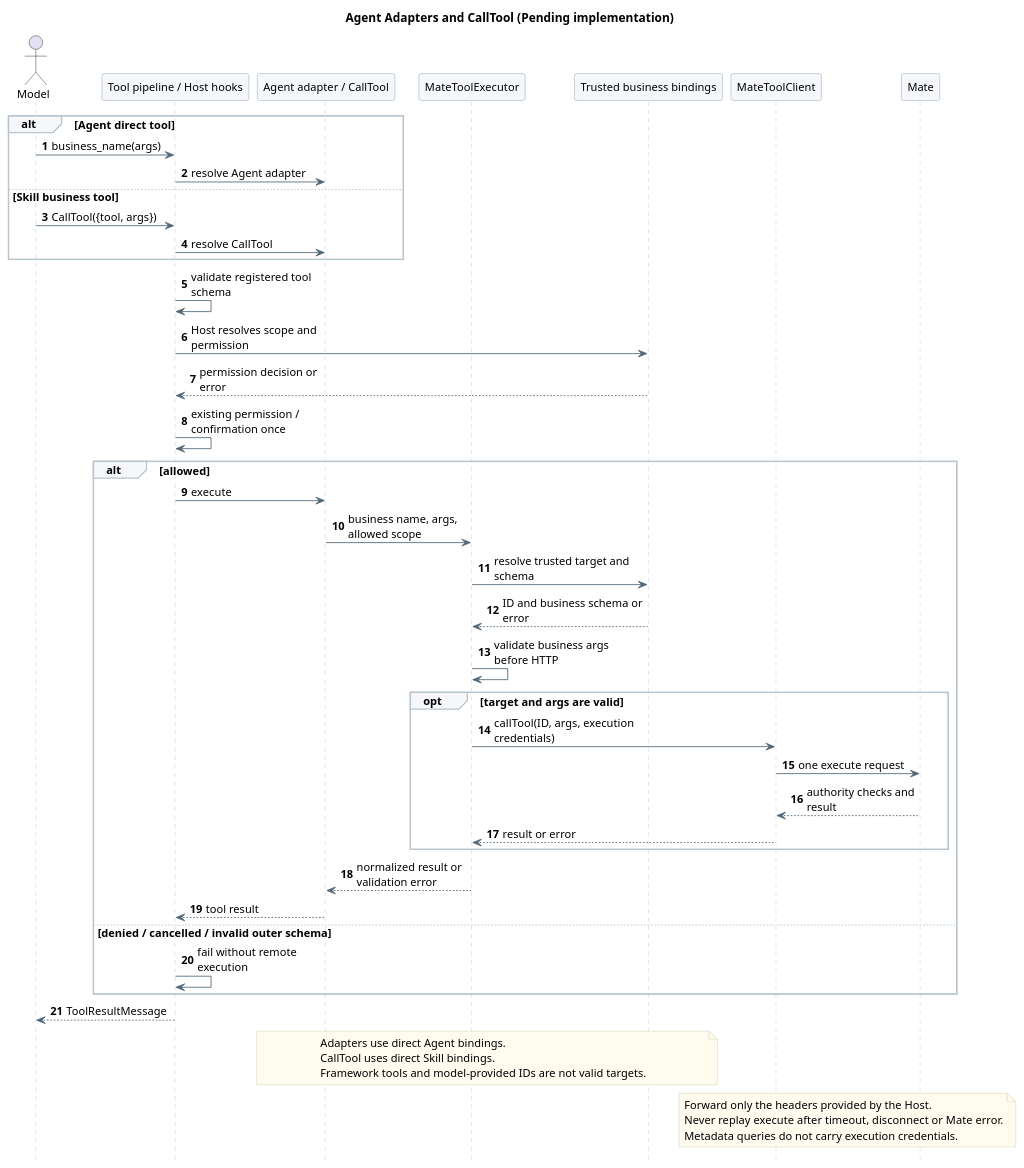
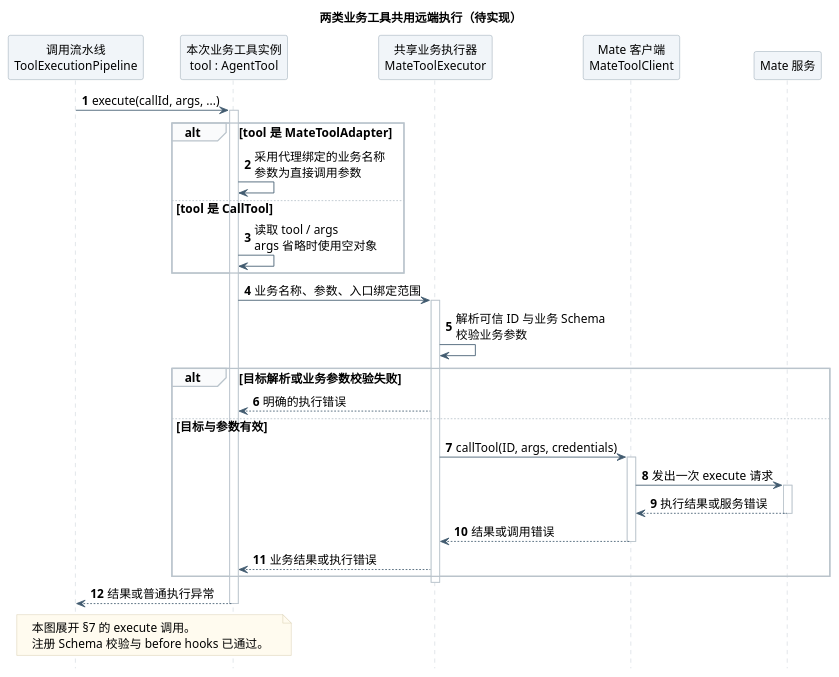
The sixth of 13 diagrams in 01-总体架构/02-CampusClaw工具系统/diagram.puml (ssm0808/pi-mono-java-design), drawn with PlantUML before and after one commit. The commit also changed other lines of this file and 15 other files, not shown here.

```diff
--- a/01-总体架构/02-CampusClaw工具系统/diagram.puml
+++ b/01-总体架构/02-CampusClaw工具系统/diagram.puml
@@ -351,75 +402,61 @@
 @startuml call_mate_tool_sequence
 skinparam backgroundColor white
-skinparam defaultFontName SansSerif
-skinparam defaultFontSize 13
+skinparam defaultFontName "PingFang SC"
+skinparam defaultFontSize 14
 skinparam shadowing false
 skinparam sequenceMessageAlign left
-skinparam maxMessageSize 165
-skinparam sequenceArrowColor #526777
+skinparam maxMessageSize 210
+skinparam sequenceArrowColor #425B70
 skinparam sequenceLifeLineBorderColor #BAC4CC
-skinparam sequenceParticipantBackgroundColor #F5F7FA
+skinparam sequenceParticipantBackgroundColor #F1F5F9
 skinparam sequenceParticipantBorderColor #8496A4
-skinparam sequenceGroupBackgroundColor #F5F7FA
+skinparam sequenceGroupBackgroundColor #FAFBFC
 skinparam sequenceGroupBorderColor #BAC4CC
+skinparam sequenceReferenceBackgroundColor #EEF4FA
+skinparam sequenceReferenceBorderColor #8496A4
 skinparam noteBackgroundColor #FFFBEF
 skinparam noteBorderColor #D2C6A5
 hide footbox
 autonumber
-title Agent Adapters and CallTool (Pending implementation)
-' Source evidence (CampusClaw fb842b1ac6cb4818f6b146f79dd184a5cd88bf12):
+' Source evidence (CampusClaw fb842b1ac6cb4818f6b146f79dd184a5cd88bf12, checked 2026-09-21):
+
 ' modules/coding-agent-cli/src/main/java/com/campusclaw/codingagent/tool/mate/CallMateTool.java: execute
+' modules/coding-agent-cli/src/main/java/com/campusclaw/codingagent/common/client/HttpMateToolClient.java: callTool
 ' modules/coding-agent-cli/src/main/java/com/campusclaw/codingagent/runtimeapi/runtime/RuntimeToolPermissionPolicy.java: decide
-' modules/coding-agent-cli/src/main/java/com/campusclaw/codingagent/common/client/HttpMateToolClient.java: callTool
-' Observed behavior: current calls use one wrapper; permission policy recognizes only that wrapper.
-' Design reason: two disclosure paths share target resolution, validation and remote execution.
-' Pending implementation: shared executor wiring includes existing Host permission and confirmation hooks.
+' Observed behavior: a single CallMateTool wrapper currently resolves names and calls Mate.
+' Design reason: business entry instances use one executor; registered-schema validation and Host hooks belong to the parent interaction.
+' Pending implementation: MateToolAdapter, CallTool, MateToolExecutor and their permission wiring.
 ' Stable block identity retained for existing document links.
+title 两类业务工具共用远端执行（待实现）
 
-actor Model
-participant "Tool pipeline / Host hooks" as Pipeline
-participant "Agent adapter / CallTool" as Entry
-participant "MateToolExecutor" as Executor
-participant "Trusted business bindings" as Bindings
-participant "MateToolClient" as Client
-participant "Mate" as Mate
+participant "调用流水线\nToolExecutionPipeline" as Pipeline
+participant "本次业务工具实例\ntool : AgentTool" as Tool
+participant "共享业务执行器\nMateToolExecutor" as Executor
+participant "Mate 客户端\nMateToolClient" as Client
+participant "Mate 服务" as Mate
 
-alt Agent direct tool
-  Model -> Pipeline : business_name(args)
-  Pipeline -> Entry : resolve Agent adapter
-else Skill business tool
-  Model -> Pipeline : CallTool({tool, args})
-  Pipeline -> Entry : resolve CallTool
+Pipeline -> Tool ++ : execute(callId, args, ...)
+alt tool 是 MateToolAdapter
+  Tool -> Tool : 采用代理绑定的业务名称\n参数为直接调用参数
+else tool 是 CallTool
+  Tool -> Tool : 读取 tool / args\nargs 省略时使用空对象
 end
-Pipeline -> Pipeline : validate registered tool schema
-Pipeline -> Bindings : Host resolves scope and permission
-Bindings --> Pipeline : permission decision or error
-Pipeline -> Pipeline : existing permission / confirmation once
-alt allowed
-  Pipeline -> Entry : execute
-  Entry -> Executor : business name, args, allowed scope
-  Executor -> Bindings : resolve trusted target and schema
-  Bindings --> Executor : ID and business schema or error
-  Executor -> Executor : validate business args before HTTP
-  opt target and args are valid
-  Executor -> Client : callTool(ID, args, execution credentials)
-  Client -> Mate : one execute request
-  Mate --> Client : authority checks and result
-  Client --> Executor : result or error
-  end
-  Executor --> Entry : normalized result or validation error
-  Entry --> Pipeline : tool result
-else denied / cancelled / invalid outer schema
-  Pipeline -> Pipeline : fail without remote execution
+Tool -> Executor ++ : 业务名称、参数、入口绑定范围
+Executor -> Executor : 解析可信 ID 与业务 Schema\n校验业务参数
+alt 目标解析或业务参数校验失败
+  Executor --> Tool : 明确的执行错误
+else 目标与参数有效
+  Executor -> Client ++ : callTool(ID, args, credentials)
+  Client -> Mate ++ : 发出一次 execute 请求
+  Mate --> Client -- : 执行结果或服务错误
+  Client --> Executor -- : 结果或调用错误
+  Executor --> Tool : 业务结果或执行错误
 end
-Pipeline --> Model : ToolResultMessage
-note over Entry,Bindings
-  Adapters use direct Agent bindings.
-  CallTool uses direct Skill bindings.
-  Framework tools and model-provided IDs are not valid targets.
-end note
-note over Client,Mate
-  Forward only the headers provided by the Host.
-  Never replay execute after timeout, disconnect or Mate error.
-  Metadata queries do not carry execution credentials.
+deactivate Executor
+Tool --> Pipeline -- : 结果或普通执行异常
+
+note over Pipeline, Tool
+  本图展开 §7 的 execute 调用。
+  注册 Schema 校验与 before hooks 已通过。
 end note
 @enduml
```
